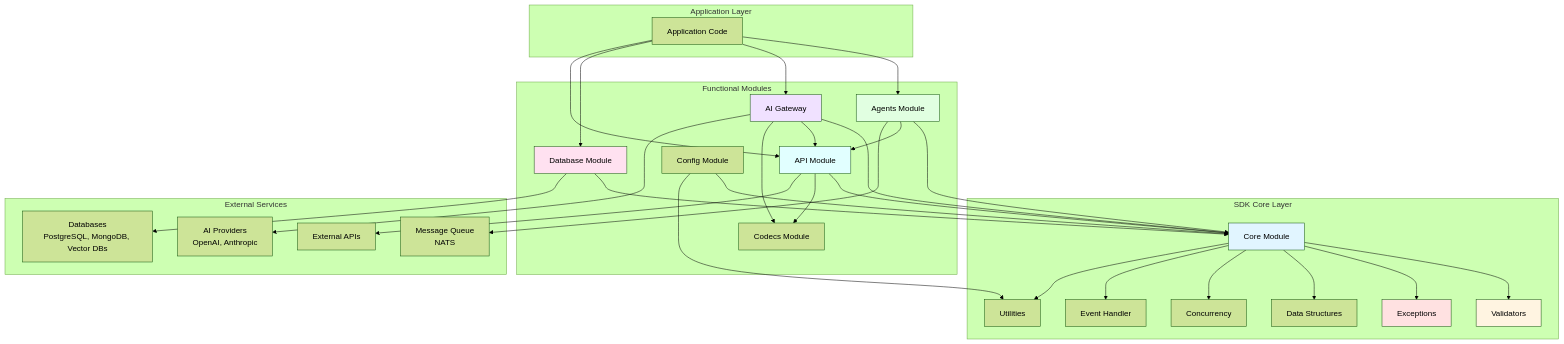
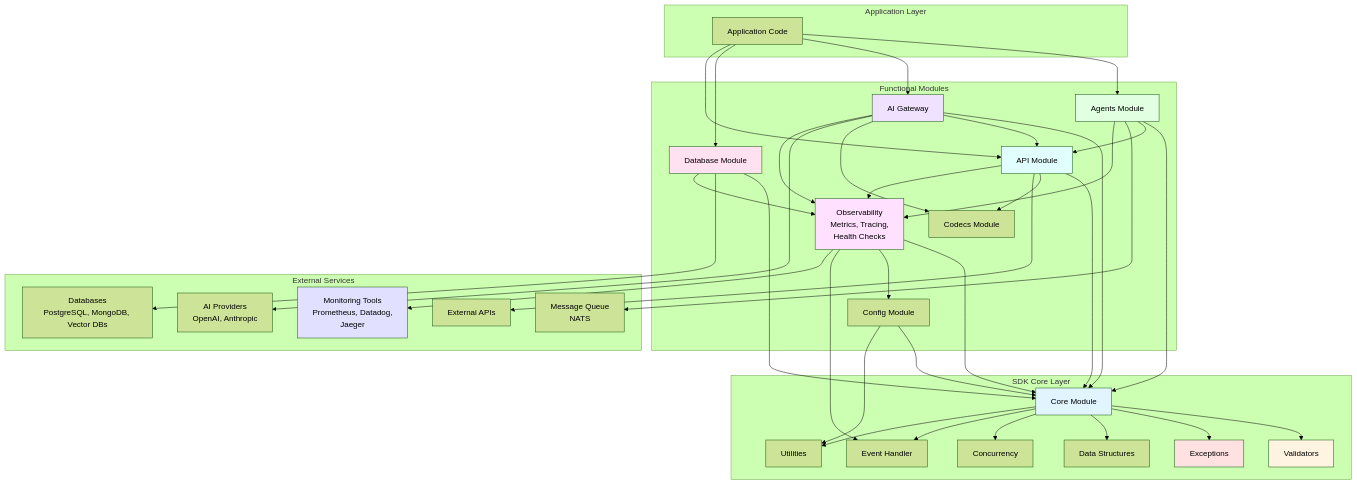
The first of 16 diagrams in ARCHITECTURE.md (Kevinparashar/motadata-AI-sdk-2.0), drawn with Mermaid (forest theme) before and after one commit. The commit also changed other lines of this file and 3 other files, not shown here.

Commit message:
adding observability.py in config folder

````diff
--- a/ARCHITECTURE.md
+++ b/ARCHITECTURE.md
@@ -66,6 +77,7 @@
         API[API Module]
         CODEC[Codecs Module]
         CONFIG[Config Module]
+        OBS[Observability<br/>Metrics, Tracing,<br/>Health Checks]
     end
     
     subgraph "External Services"
@@ -73,6 +85,7 @@
         DB_SERV[Databases<br/>PostgreSQL, MongoDB, Vector DBs]
         EXT_API[External APIs]
         MSG[Message Queue<br/>NATS]
+        MONITOR[Monitoring Tools<br/>Prometheus, Datadog,<br/>Jaeger]
     end
     
     APP --> AGENT
@@ -106,6 +119,17 @@
     CONFIG --> CORE
     CONFIG --> UTILS
     
+    OBS --> CORE
+    OBS --> CONFIG
+    OBS --> EVENT
+    
+    AGENT --> OBS
+    AI --> OBS
+    DB --> OBS
+    API --> OBS
+    
+    OBS --> MONITOR
+    
     style CORE fill:#e1f5ff
     style VALID fill:#fff4e1
     style EXCEPT fill:#ffe1e1
@@ -113,4 +137,6 @@
     style AI fill:#f0e1ff
     style DB fill:#ffe1f0
     style API fill:#e1ffff
+    style OBS fill:#ffe1ff
+    style MONITOR fill:#e1e1ff
 ```
````
